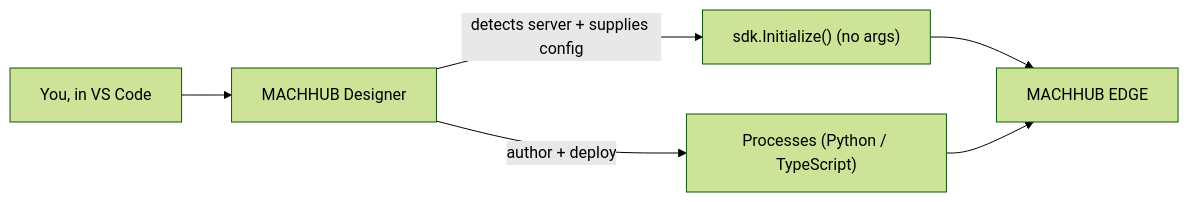
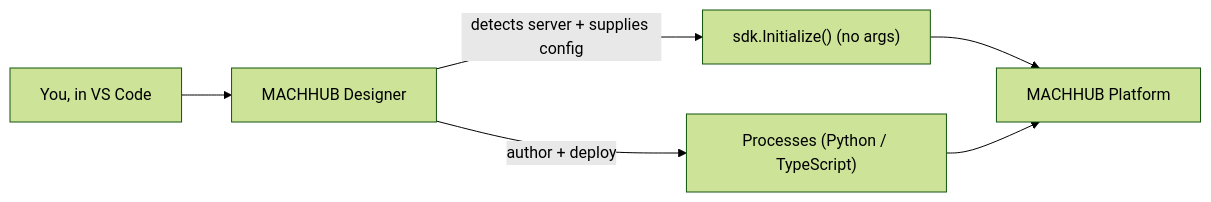
One commit to machhub-dev/docs changed the diagram in src/content/docs/designer/overview.md. Above: the diagram before and after it, drawn with Mermaid (forest theme). The commit also changed 24 other files, not shown here.

First line of the commit message:
docs: rename product from "MACHHUB EDGE" to "MACHHUB Platform"

````diff
--- a/src/content/docs/designer/overview.md
+++ b/src/content/docs/designer/overview.md
@@ -27,8 +27,8 @@
 ```mermaid
 flowchart LR
   Dev["You, in VS Code"] --> Ext["MACHHUB Designer"]
   Ext -- "detects server + supplies config" --> SDK["sdk.Initialize()  (no args)"]
   Ext -- "author + deploy" --> Proc["Processes (Python / TypeScript)"]
-  SDK --> EDGE["MACHHUB EDGE"]
+  SDK --> EDGE["MACHHUB Platform"]
   Proc --> EDGE
 ```
````
